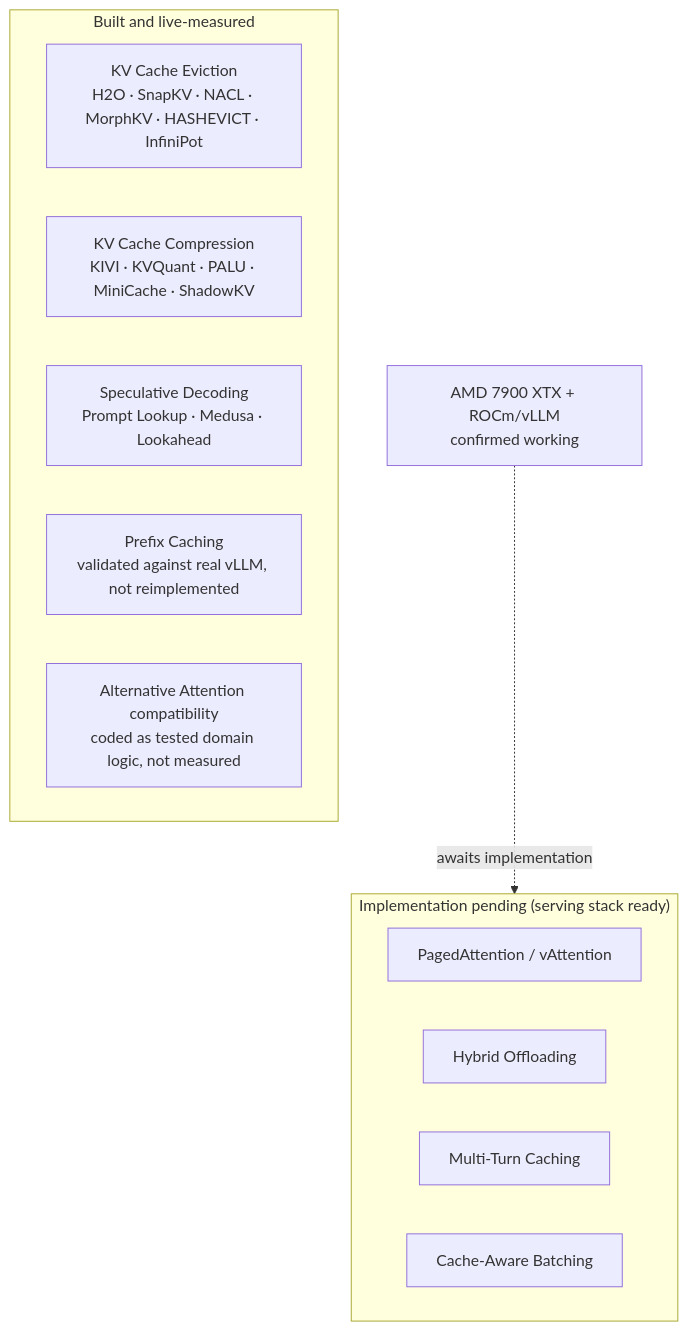
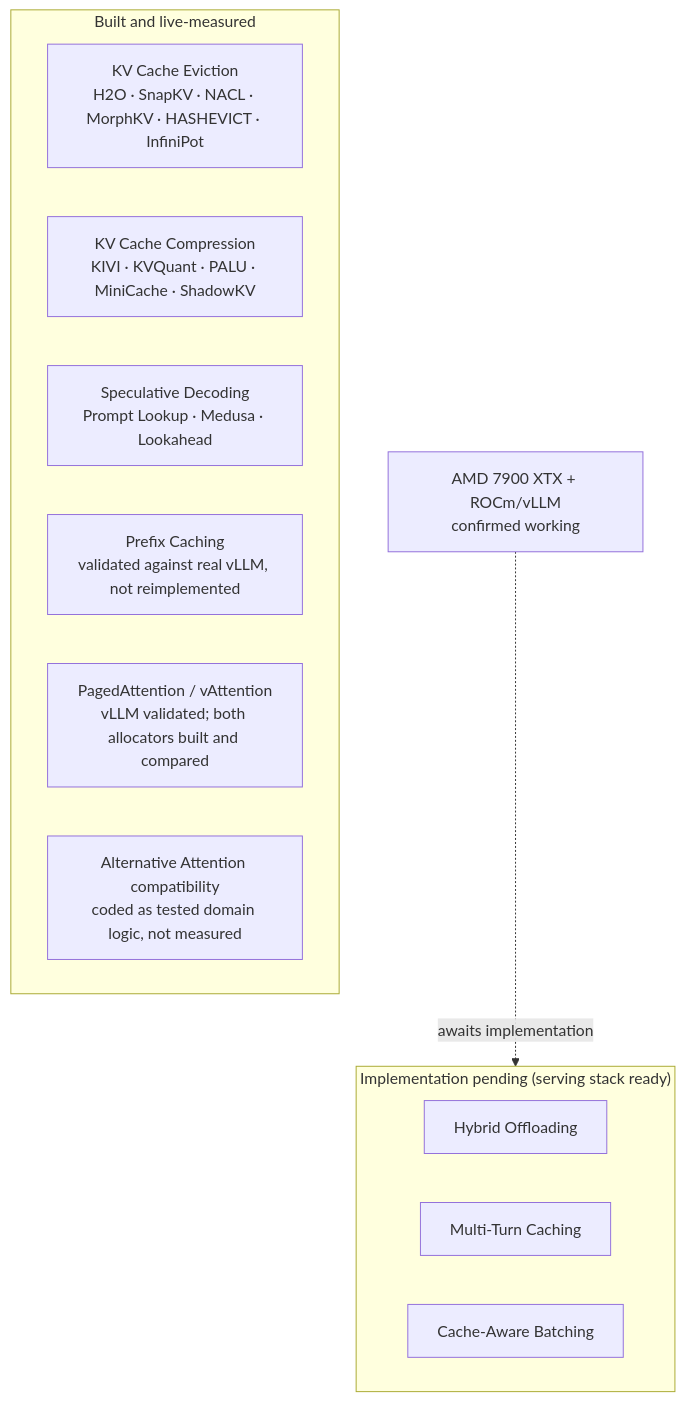
Before and after one commit to aaronrmDev/AI-AUGMENTED-GENERATION: the diagram in docs/architecture/CAG.md, drawn with Mermaid. The commit also changed other lines of this file and 7 other files, not shown here.

First line of the commit message:
feat: validate PagedAttention against real vLLM and document the trade (#33, #126)

````diff
--- a/docs/architecture/CAG.md
+++ b/docs/architecture/CAG.md
@@ -29,17 +29,17 @@
 ```mermaid
 flowchart TD
     subgraph built["Built and live-measured"]
         EVICT["KV Cache Eviction<br/>H2O · SnapKV · NACL · MorphKV · HASHEVICT · InfiniPot"]
         COMP["KV Cache Compression<br/>KIVI · KVQuant · PALU · MiniCache · ShadowKV"]
         SPEC["Speculative Decoding<br/>Prompt Lookup · Medusa · Lookahead"]
         PREFIX["Prefix Caching<br/>validated against real vLLM, not reimplemented"]
+        PAGED["PagedAttention / vAttention<br/>vLLM validated; both allocators built and compared"]
         ATTN["Alternative Attention compatibility<br/>coded as tested domain logic, not measured"]
     end
     subgraph blocked["Implementation pending (serving stack ready)"]
-        PAGED["PagedAttention / vAttention"]
         HYBRID["Hybrid Offloading"]
         MULTI["Multi-Turn Caching"]
         BATCH["Cache-Aware Batching"]
     end
     HW["AMD 7900 XTX + ROCm/vLLM<br/>confirmed working"] -.awaits implementation.-> blocked
 ```
````
